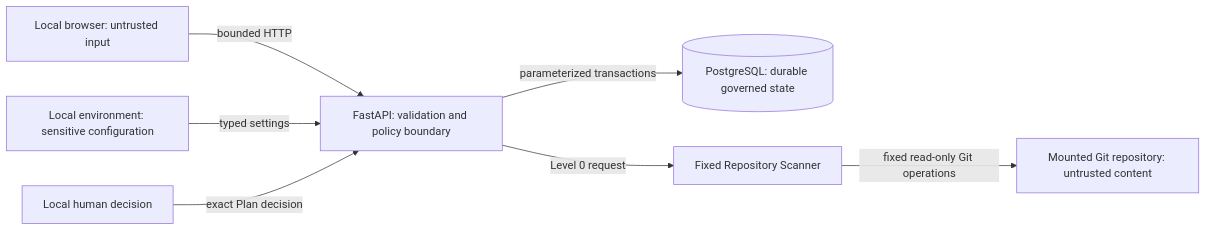
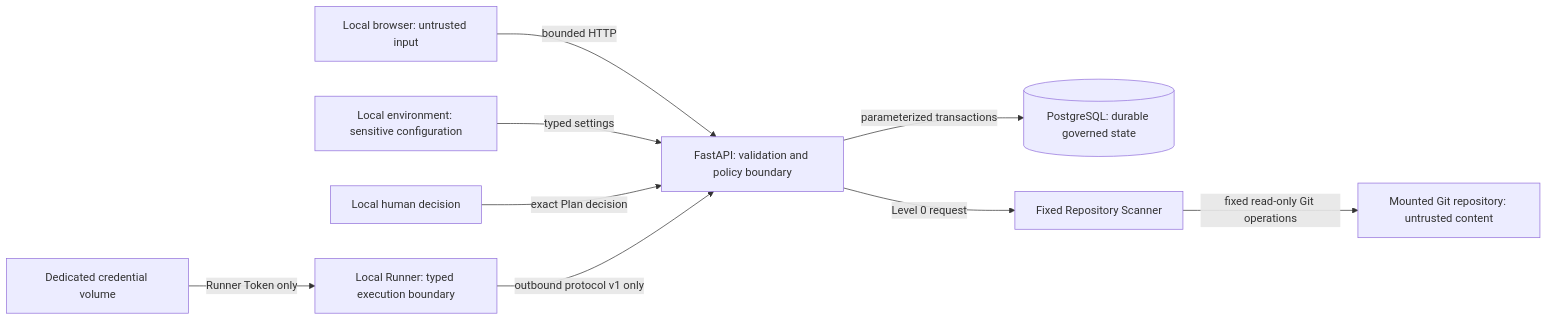
The diagram in docs/security/security-boundaries.md (dankk0220abc-prog/visual-engineer), drawn with Mermaid before and after one commit. The commit also changed other lines of this file and 85 other files, not shown here.

Commit message:
feat: add browser-orchestrated local runner foundation

````diff
--- a/docs/security/security-boundaries.md
+++ b/docs/security/security-boundaries.md
@@ -5,17 +5,21 @@
 ```mermaid
 flowchart LR
     B["Local browser: untrusted input"]
     API["FastAPI: validation and policy boundary"]
     DB[("PostgreSQL: durable governed state")]
     SC["Fixed Repository Scanner"]
     REP["Mounted Git repository: untrusted content"]
     ENV["Local environment: sensitive configuration"]
     HUMAN["Local human decision"]
+    RUNNER["Local Runner: typed execution boundary"]
+    CRED["Dedicated credential volume"]
 
     B -->|"bounded HTTP"| API
     API -->|"parameterized transactions"| DB
     API -->|"Level 0 request"| SC
     SC -->|"fixed read-only Git operations"| REP
     ENV -->|"typed settings"| API
     HUMAN -->|"exact Plan decision"| API
+    RUNNER -->|"outbound protocol v1 only"| API
+    CRED -->|"Runner Token only"| RUNNER
 ```
````
